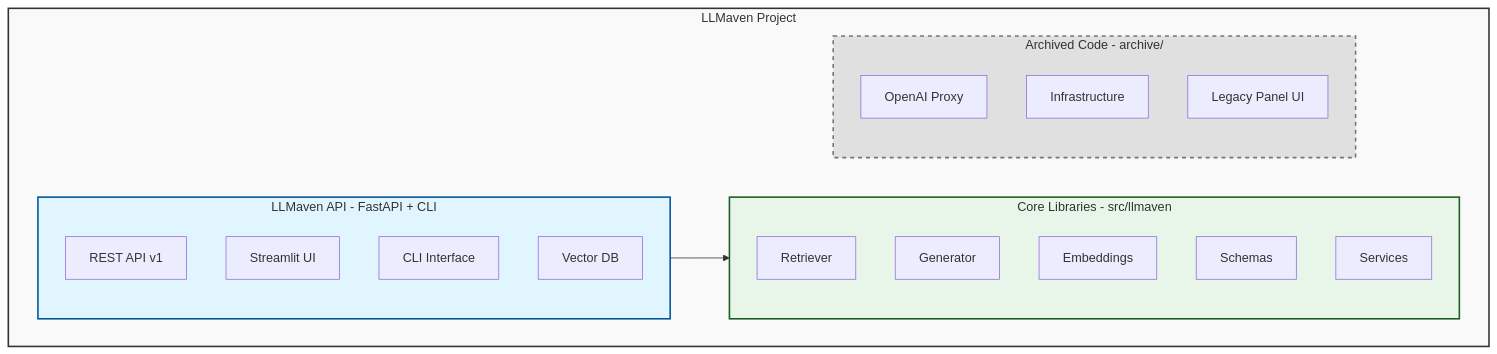
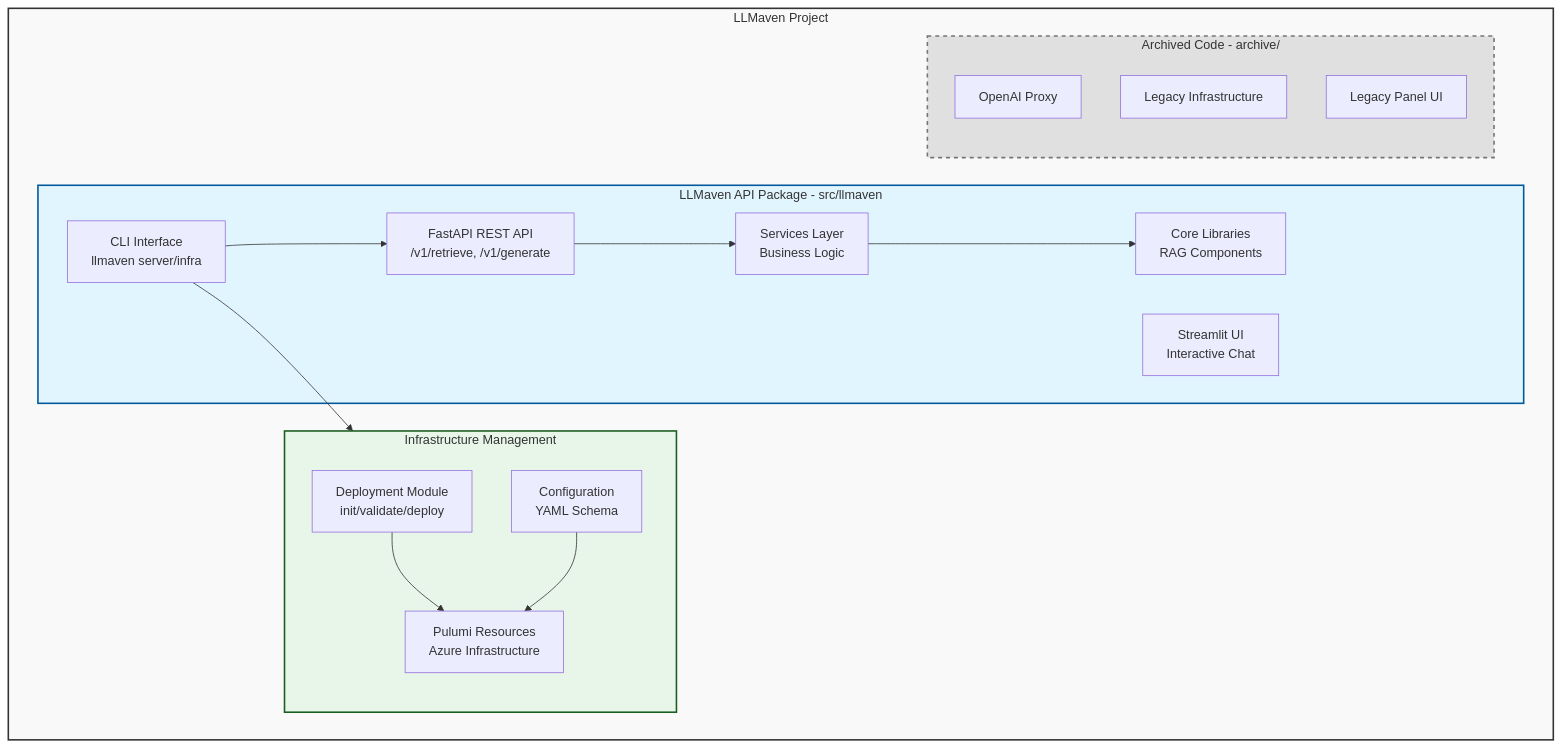
Before and after one commit to uw-ssec/llmoxie: the diagram in AGENTS.md, drawn with Mermaid. The commit also changed other lines of this file and 1 other file, not shown here.

Commit message:
docs: Refactor README.md for clarity and structure; enhance infrastructure deployment section and update usage instructions

````diff
--- a/AGENTS.md
+++ b/AGENTS.md
@@ -108,32 +56,36 @@
 ```mermaid
 graph TB
     subgraph LLMaven["LLMaven Project"]
-        subgraph API["LLMaven API - FastAPI + CLI"]
-            REST["REST API v1"]
-            UI["Streamlit UI"]
-            CLI["CLI Interface"]
-            VDB["Vector DB"]
+        subgraph API["LLMaven API Package - src/llmaven"]
+            CLI["CLI Interface<br/>llmaven server/infra"]
+            REST["FastAPI REST API<br/>/v1/retrieve, /v1/generate"]
+            UI["Streamlit UI<br/>Interactive Chat"]
+            Services["Services Layer<br/>Business Logic"]
+            Core["Core Libraries<br/>RAG Components"]
         end
 
-        subgraph Core["Core Libraries - src/llmaven"]
-            Retriever["Retriever"]
-            Generator["Generator"]
-            Embeddings["Embeddings"]
-            Schemas["Schemas"]
-            Services["Services"]
+        subgraph Infrastructure["Infrastructure Management"]
+            Config["Configuration<br/>YAML Schema"]
+            Deployment["Deployment Module<br/>init/validate/deploy"]
+            Pulumi["Pulumi Resources<br/>Azure Infrastructure"]
         end
 
         subgraph Archive["Archived Code - archive/"]
             Proxy["OpenAI Proxy"]
-            Infra["Infrastructure"]
+            InfraOld["Legacy Infrastructure"]
             Legacy["Legacy Panel UI"]
         end
     end
 
-    API --> Core
+    CLI --> REST
+    CLI --> Infrastructure
+    REST --> Services
+    Services --> Core
+    Deployment --> Pulumi
+    Config --> Pulumi
 
     style LLMaven fill:#f9f9f9,stroke:#333,stroke-width:2px
     style API fill:#e1f5ff,stroke:#01579b,stroke-width:2px
-    style Core fill:#e8f5e9,stroke:#1b5e20,stroke-width:2px
+    style Infrastructure fill:#e8f5e9,stroke:#1b5e20,stroke-width:2px
     style Archive fill:#e0e0e0,stroke:#757575,stroke-width:2px,stroke-dasharray: 5 5
 ```
````
